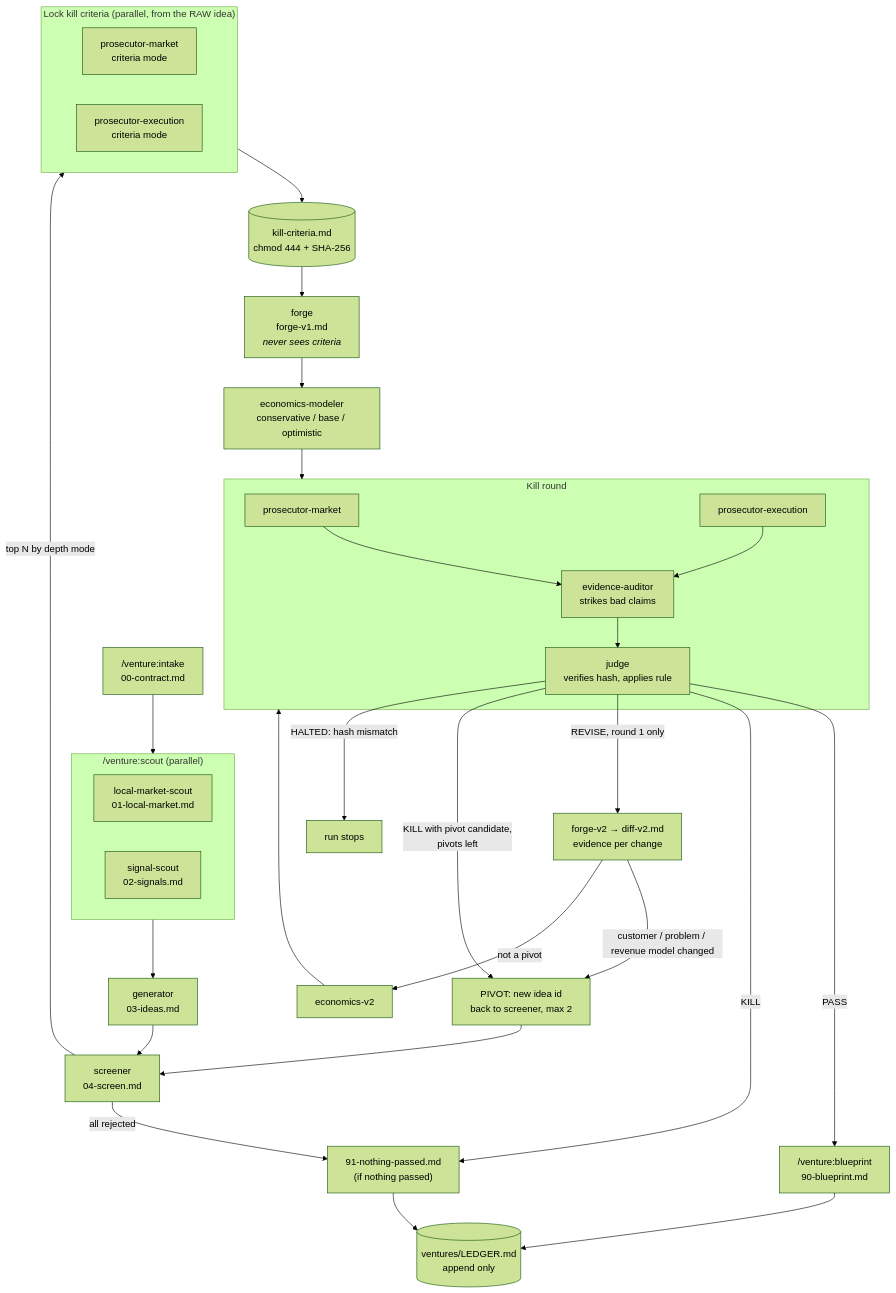
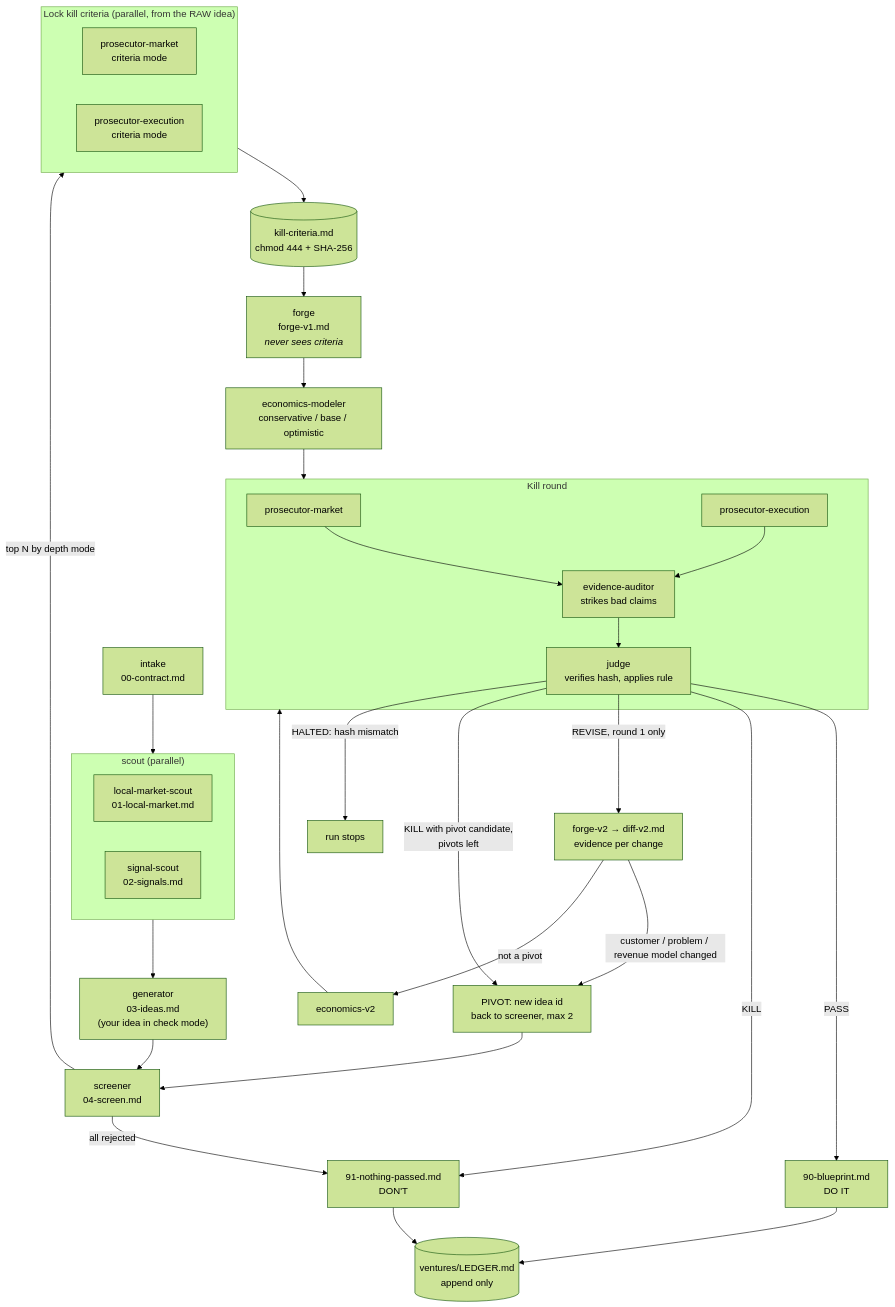
One commit to ansharora2028-spec/founders-lab changed the diagram in README.md. Above: the diagram before and after it, drawn with Mermaid (forest theme). The commit also changed other lines of this file and 10 other files, not shown here.

First line of the commit message:
Add /venture:check for founders' own ideas; rewrite README for founders

````diff
--- a/README.md
+++ b/README.md
@@ -116,37 +168,37 @@
 ```mermaid
 flowchart TD
-    A["/venture:intake<br/>00-contract.md"] --> B
-    subgraph B["/venture:scout (parallel)"]
+    A["intake<br/>00-contract.md"] --> B
+    subgraph B["scout (parallel)"]
         B1[local-market-scout<br/>01-local-market.md]
         B2[signal-scout<br/>02-signals.md]
     end
-    B --> C[generator<br/>03-ideas.md]
+    B --> C["generator<br/>03-ideas.md<br/>(your idea in check mode)"]
     C --> D[screener<br/>04-screen.md]
     D -->|top N by depth mode| E
     D -->|all rejected| N
     subgraph E["Lock kill criteria (parallel, from the RAW idea)"]
         E1[prosecutor-market<br/>criteria mode]
         E2[prosecutor-execution<br/>criteria mode]
     end
     E --> L[(kill-criteria.md<br/>chmod 444 + SHA-256)]
     L --> F[forge<br/>forge-v1.md<br/><i>never sees criteria</i>]
     F --> G[economics-modeler<br/>conservative / base / optimistic]
     G --> K
     subgraph K["Kill round"]
         K1[prosecutor-market]
         K2[prosecutor-execution]
         K1 --> K3[evidence-auditor<br/>strikes bad claims]
         K2 --> K3
         K3 --> K4[judge<br/>verifies hash, applies rule]
     end
-    K4 -->|PASS| P["/venture:blueprint<br/>90-blueprint.md"]
-    K4 -->|KILL| N["91-nothing-passed.md<br/>(if nothing passed)"]
+    K4 -->|PASS| P["90-blueprint.md<br/>DO IT"]
+    K4 -->|KILL| N["91-nothing-passed.md<br/>DON'T"]
     K4 -->|REVISE, round 1 only| R[forge-v2 → diff-v2.md<br/>evidence per change]
     R -->|customer / problem / revenue model changed| PV[PIVOT: new idea id<br/>back to screener, max 2]
     K4 -->|KILL with pivot candidate,<br/>pivots left| PV
     PV --> D
     R -->|not a pivot| G2[economics-v2] --> K
     K4 -->|HALTED: hash mismatch| H[run stops]
     P --> LG[(ventures/LEDGER.md<br/>append only)]
     N --> LG
 ```
````
